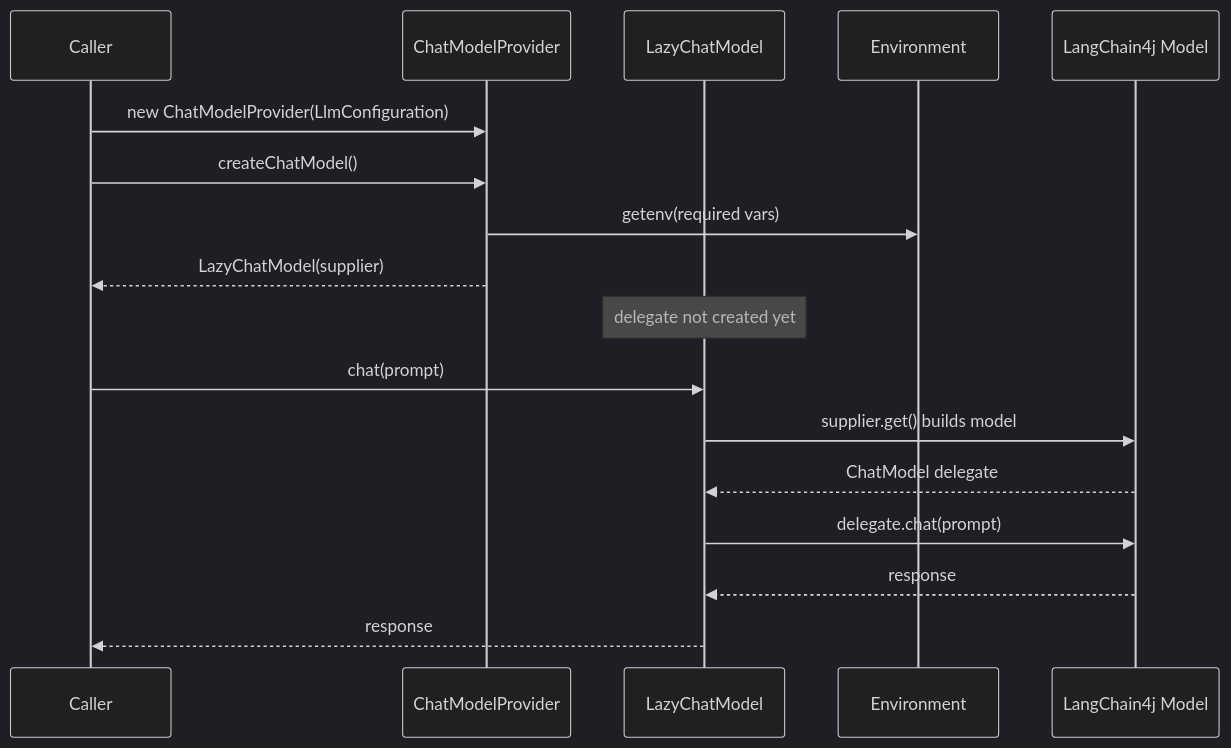
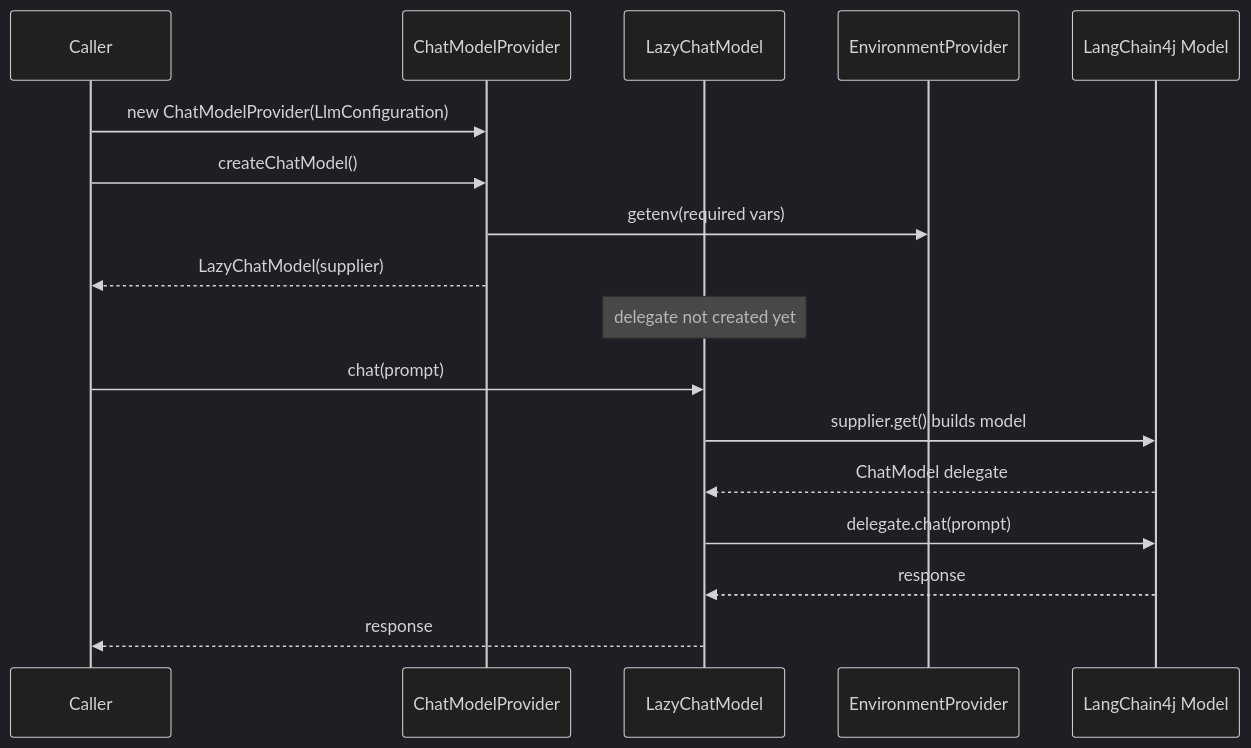
The diagram in openwiki/chat-models.md (ardoco/llm-access), drawn with Mermaid (dark theme) before and after one commit. The commit also changed other lines of this file and 8 other files, not shown here.

Commit message:
docs: document EnvironmentProvider in README and openwiki

````diff
--- a/openwiki/chat-models.md
+++ b/openwiki/chat-models.md
@@ -111,19 +115,19 @@
 ```mermaid
 sequenceDiagram
     participant Caller
     participant Provider as ChatModelProvider
     participant Lazy as LazyChatModel
-    participant Env as Environment
+    participant Env as EnvironmentProvider
     participant LC4J as LangChain4j Model
     Caller->>Provider: new ChatModelProvider(LlmConfiguration)
     Caller->>Provider: createChatModel()
     Provider->>Env: getenv(required vars)
     Provider-->>Caller: LazyChatModel(supplier)
     Note over Lazy: delegate not created yet
     Caller->>Lazy: chat(prompt)
     Lazy->>LC4J: supplier.get() builds model
     LC4J-->>Lazy: ChatModel delegate
     Lazy->>LC4J: delegate.chat(prompt)
     LC4J-->>Lazy: response
     Lazy-->>Caller: response
 ```
````
